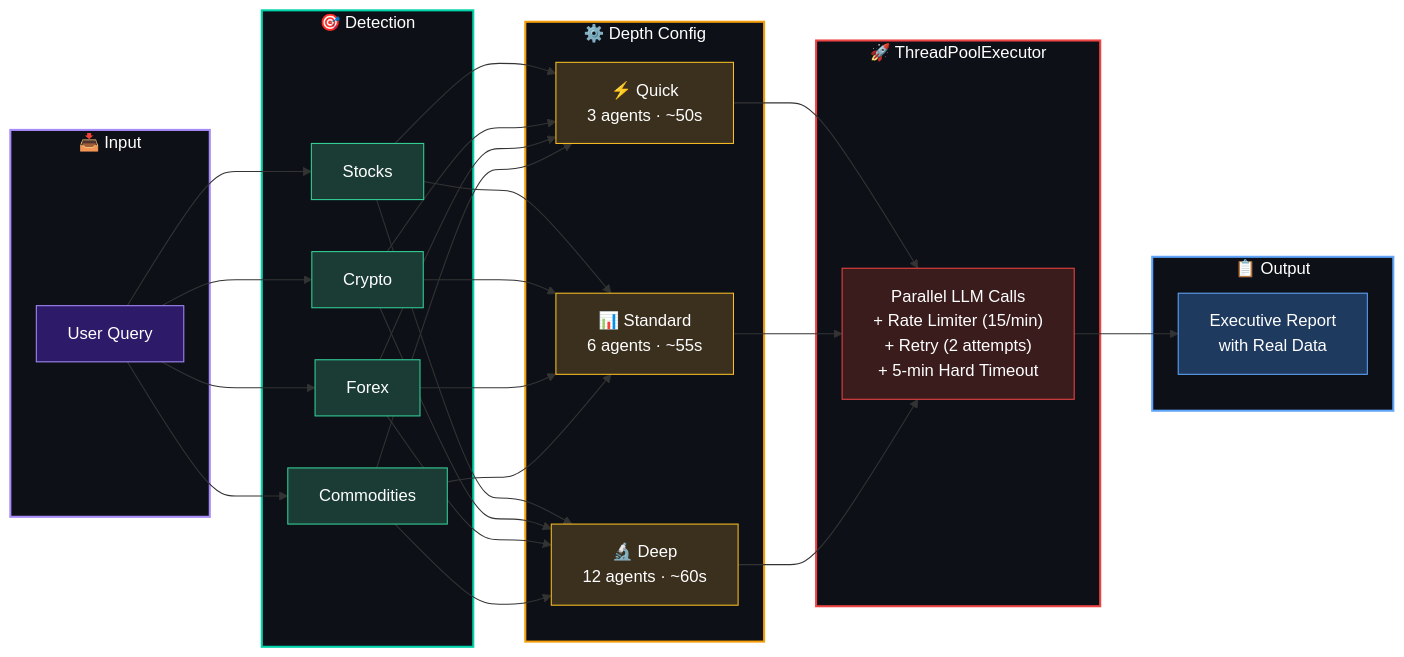
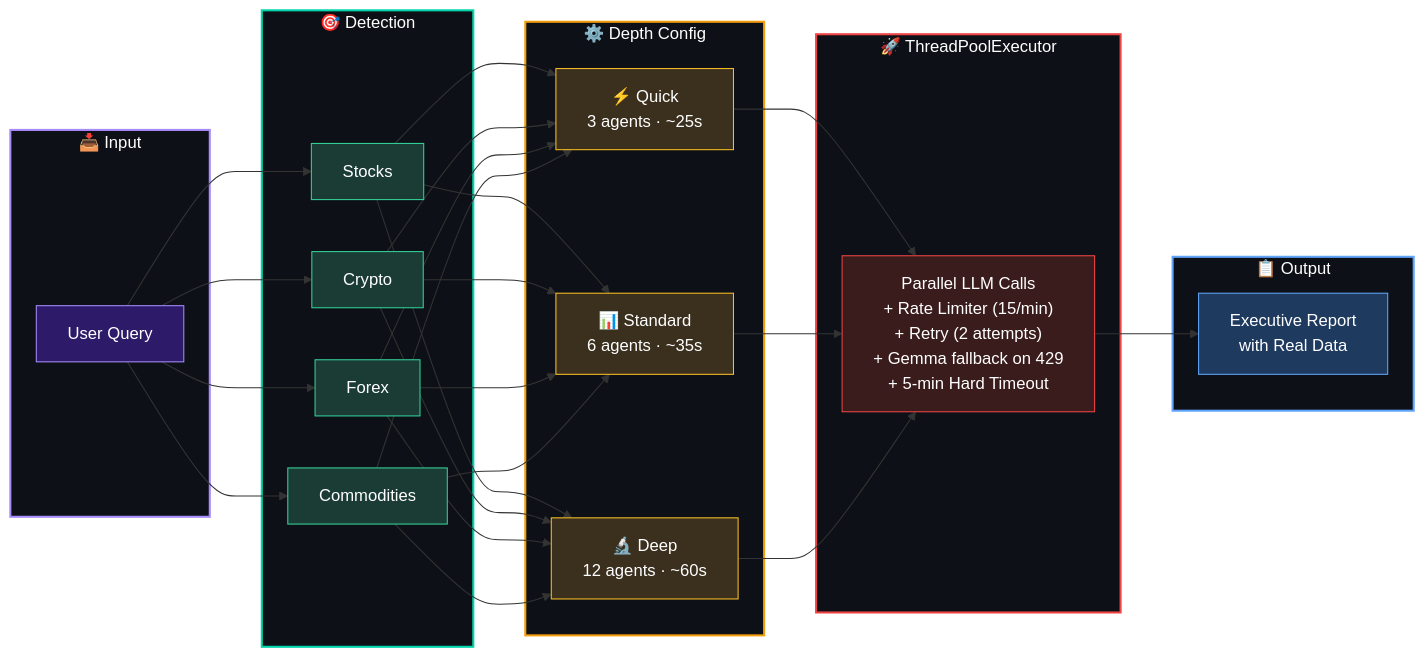
One commit to p04pranav/BIFAS changed the second of 3 diagrams in README.md. Above: the diagram before and after it, drawn with Mermaid. The commit also changed other lines of this file and 2 other files, not shown here.

````diff
--- a/README.md
+++ b/README.md
@@ -124,48 +125,48 @@
 ```mermaid
 flowchart LR
     subgraph Input["📥 Input"]
         Q["User Query"]
     end
 
     subgraph Detection["🎯 Detection"]
         D1["Stocks"]
         D2["Crypto"]
         D3["Forex"]
         D4["Commodities"]
     end
 
     subgraph Depth["⚙️ Depth Config"]
-        Quick["⚡ Quick<br/>3 agents · ~50s"]
-        Standard["📊 Standard<br/>6 agents · ~55s"]
+        Quick["⚡ Quick<br/>3 agents · ~25s"]
+        Standard["📊 Standard<br/>6 agents · ~35s"]
         Deep["🔬 Deep<br/>12 agents · ~60s"]
     end
 
     subgraph Execution["🚀 ThreadPoolExecutor"]
-        P["Parallel LLM Calls<br/>+ Rate Limiter (15/min)<br/>+ Retry (2 attempts)<br/>+ 5-min Hard Timeout"]
+        P["Parallel LLM Calls<br/>+ Rate Limiter (15/min)<br/>+ Retry (2 attempts)<br/>+ Gemma fallback on 429<br/>+ 5-min Hard Timeout"]
     end
 
     subgraph Output["📋 Output"]
         R["Executive Report<br/>with Real Data"]
     end
 
     Q --> D1 & D2 & D3 & D4
     D1 & D2 & D3 & D4 --> Quick & Standard & Deep
     Quick & Standard & Deep --> P
     P --> R
 
     style Input fill:#0d1117,stroke:#a78bfa,stroke-width:2px,color:#fff
     style Detection fill:#0d1117,stroke:#00d4aa,stroke-width:2px,color:#fff
     style Depth fill:#0d1117,stroke:#f59e0b,stroke-width:2px,color:#fff
     style Execution fill:#0d1117,stroke:#ef4444,stroke-width:2px,color:#fff
     style Output fill:#0d1117,stroke:#60a5fa,stroke-width:2px,color:#fff
     style Q fill:#2d1b69,stroke:#a78bfa,stroke-width:1px,color:#fff
     style D1 fill:#1a3c34,stroke:#34d399,stroke-width:1px,color:#fff
     style D2 fill:#1a3c34,stroke:#34d399,stroke-width:1px,color:#fff
     style D3 fill:#1a3c34,stroke:#34d399,stroke-width:1px,color:#fff
     style D4 fill:#1a3c34,stroke:#34d399,stroke-width:1px,color:#fff
     style Quick fill:#3b2f1e,stroke:#fbbf24,stroke-width:1px,color:#fff
     style Standard fill:#3b2f1e,stroke:#fbbf24,stroke-width:1px,color:#fff
     style Deep fill:#3b2f1e,stroke:#fbbf24,stroke-width:1px,color:#fff
     style P fill:#3b1c1c,stroke:#ef4444,stroke-width:1px,color:#fff
     style R fill:#1e3a5f,stroke:#60a5fa,stroke-width:1px,color:#fff
 ```
````
